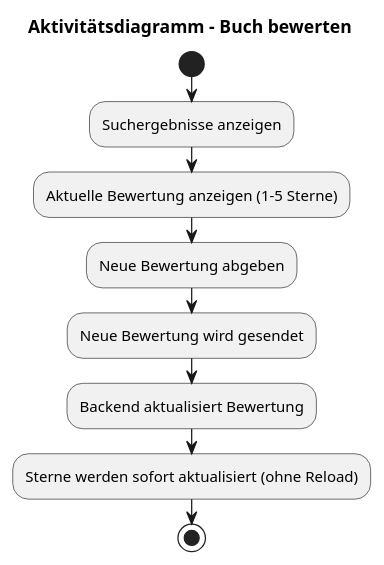
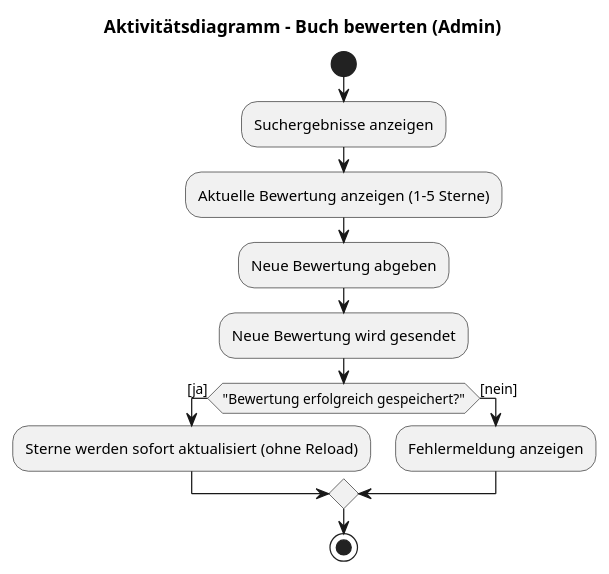
One commit to feydernoah/swe-react-frontend changed the diagram in extras/doc/projekthandbuch/aktivitaetsdiagrammBewertung.plantuml. Above: the diagram before and after it, drawn with PlantUML. The commit also changed 5 other files, not shown here.

Commit message:
Plant UML Ergänzung Delete Funktion und Aufarbeitung bestehender Diagramme

```diff
--- a/extras/doc/projekthandbuch/aktivitaetsdiagrammBewertung.plantuml
+++ b/extras/doc/projekthandbuch/aktivitaetsdiagrammBewertung.plantuml
@@ -3,18 +3,21 @@
 @startuml Aktivitätsdiagramm_Bewertung
 
-title Aktivitätsdiagramm – Buch bewerten
+title Aktivitätsdiagramm – Buch bewerten (Admin)
 
 start
 
 :Suchergebnisse anzeigen;
 :Aktuelle Bewertung anzeigen (1-5 Sterne);
 
 :Neue Bewertung abgeben;
 :Neue Bewertung wird gesendet;
 
-:Backend aktualisiert Bewertung;
-:Sterne werden sofort aktualisiert (ohne Reload);
+if ("Bewertung erfolgreich gespeichert?") then ([ja])
+  :Sterne werden sofort aktualisiert (ohne Reload);
+else ([nein])
+  :Fehlermeldung anzeigen;
+endif
 
 stop
 
 @enduml
```
